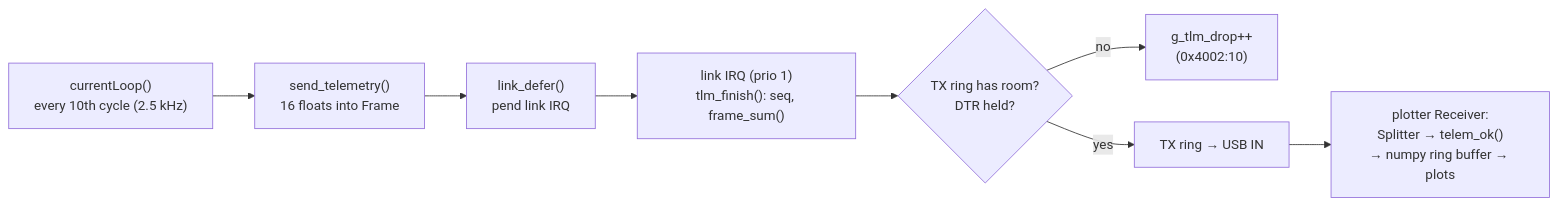
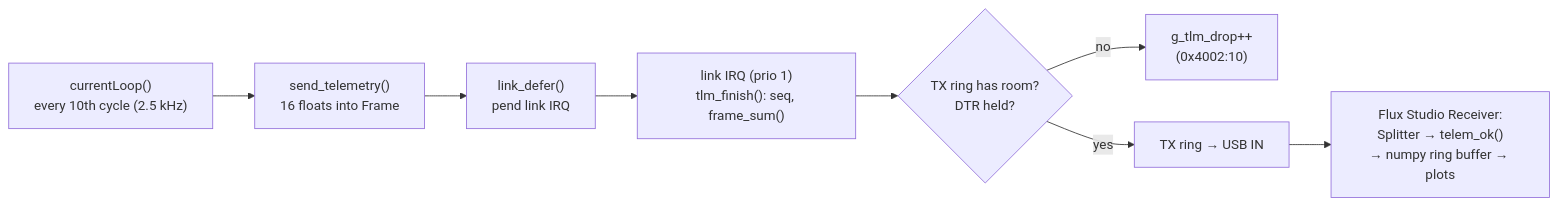
One commit to alanhpereira/fluxdrive-g4 changed the tenth of 15 diagrams in docs/software-structure.md. Above: the diagram before and after it, drawn with Mermaid. The commit also changed other lines of this file and 13 other files, not shown here.

First line of the commit message:
Rename plotter.py to fluxstudio.py (Flux Studio)

````diff
--- a/docs/software-structure.md
+++ b/docs/software-structure.md
@@ -371,10 +371,10 @@
 ```mermaid
 flowchart LR
     CL["currentLoop()<br/>every 10th cycle (2.5 kHz)"] --> FILL["send_telemetry()<br/>16 floats into Frame"]
     FILL --> DEF["link_defer()<br/>pend link IRQ"]
     DEF --> LIRQ["link IRQ (prio 1)<br/>tlm_finish(): seq, frame_sum()"]
     LIRQ --> Q{"TX ring has room?<br/>DTR held?"}
     Q -- no --> DROP["g_tlm_drop++<br/>(0x4002:10)"]
     Q -- yes --> RING["TX ring → USB IN"]
-    RING --> PCR["plotter Receiver:<br/>Splitter → telem_ok()<br/>→ numpy ring buffer → plots"]
+    RING --> PCR["Flux Studio Receiver:<br/>Splitter → telem_ok()<br/>→ numpy ring buffer → plots"]
 ```
````
